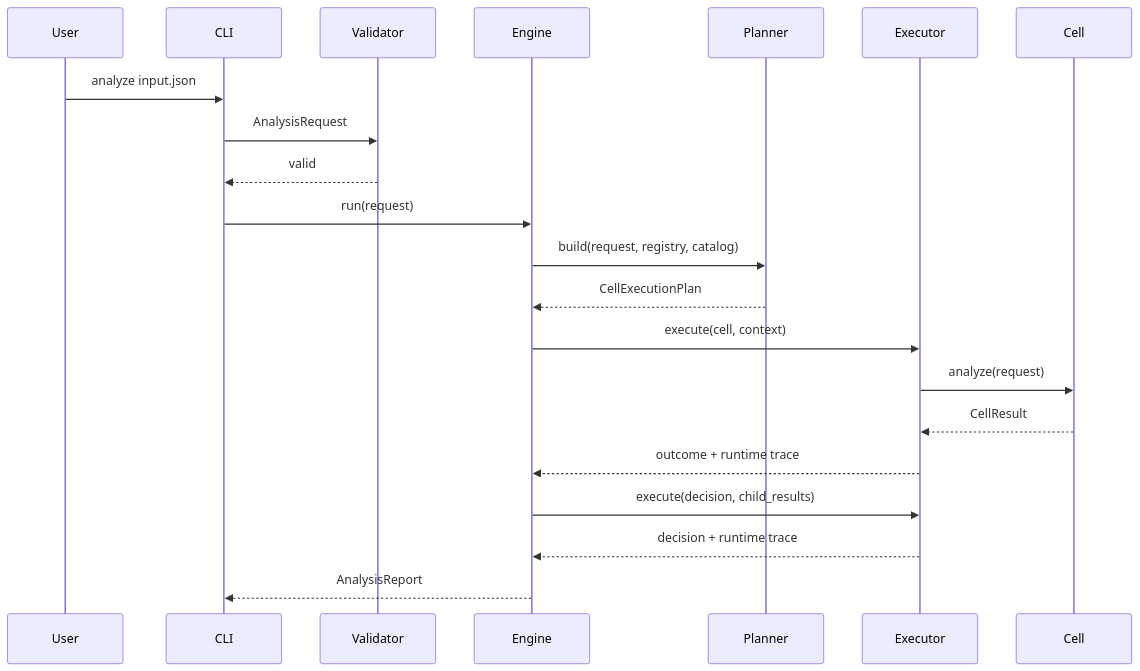
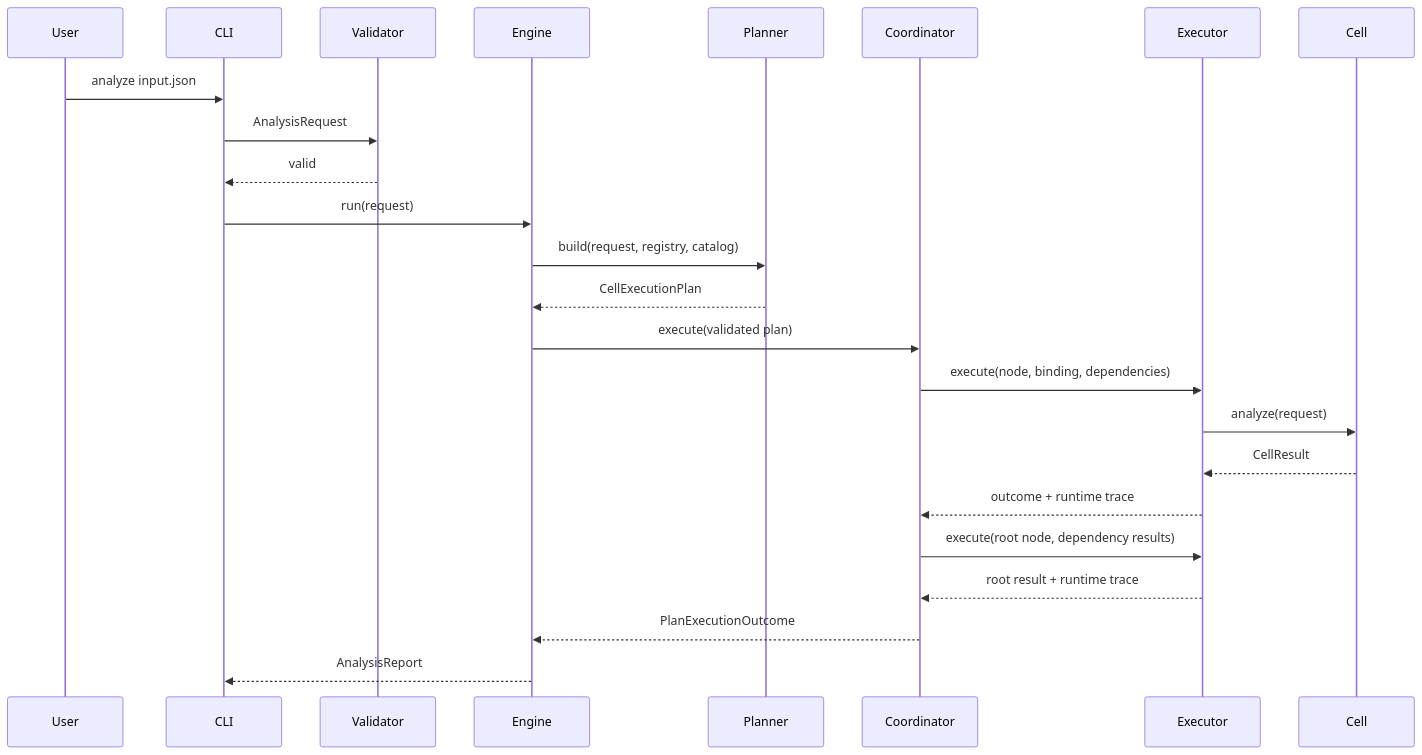
One commit to ModWU/market-cell changed the second of 2 diagrams in docs/backend_design.md. Above: the diagram before and after it, drawn with Mermaid. The commit also changed other lines of this file and 24 other files, not shown here.

Commit message:
Add plan-driven local coordinator

````diff
--- a/docs/backend_design.md
+++ b/docs/backend_design.md
@@ -71,23 +74,26 @@
 ```mermaid
 sequenceDiagram
     participant U as User
     participant CLI as CLI
     participant V as Validator
     participant E as Engine
     participant P as Planner
+    participant O as Coordinator
     participant X as Executor
     participant C as Cell
     U->>CLI: analyze input.json
     CLI->>V: AnalysisRequest
     V-->>CLI: valid
     CLI->>E: run(request)
     E->>P: build(request, registry, catalog)
     P-->>E: CellExecutionPlan
-    E->>X: execute(cell, context)
+    E->>O: execute(validated plan)
+    O->>X: execute(node, binding, dependencies)
     X->>C: analyze(request)
     C-->>X: CellResult
-    X-->>E: outcome + runtime trace
-    E->>X: execute(decision, child_results)
-    X-->>E: decision + runtime trace
+    X-->>O: outcome + runtime trace
+    O->>X: execute(root node, dependency results)
+    X-->>O: root result + runtime trace
+    O-->>E: PlanExecutionOutcome
     E-->>CLI: AnalysisReport
 ```
````
